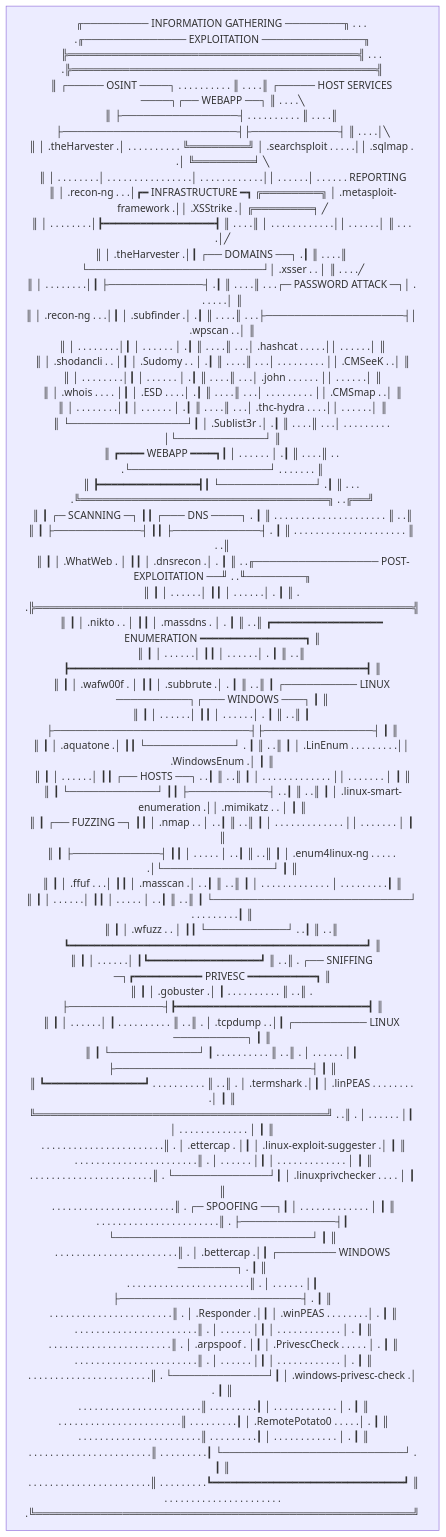
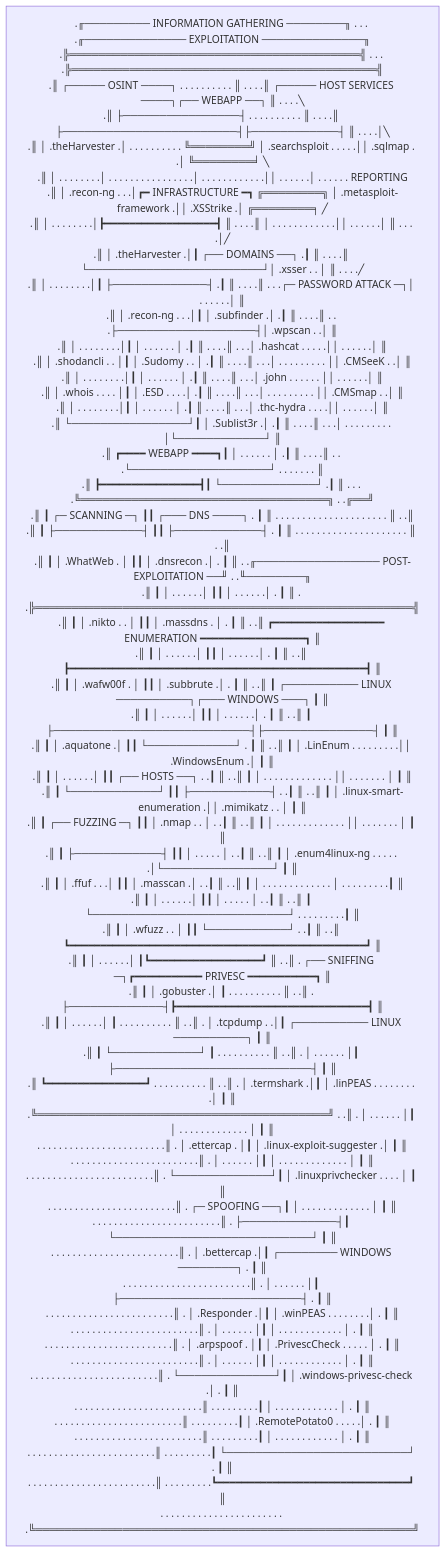
One commit to Skalyaeve/a-process changed the diagram in README.md. Above: the diagram before and after it, drawn with Mermaid.

````diff
--- a/README.md
+++ b/README.md
@@ -1,64 +1,64 @@
 ```mermaid
 graph TD
 main[
-╓───────── INFORMATION GATHERING ────────╖ . . . .╓────────────── EXPLOITATION ──────────────╖
-╠════════════════════════════════════════╣ . . . .╠══════════════════════════════════════════╣
-║ ┌───── OSINT ────┐ . . . . . . . . . . ║ . . . .║ ┌───── HOST SERVICES ────┐┌── WEBAPP ──┐ ║ . . . .╲
-║ ├────────────────┤ . . . . . . . . . . ║ . . . .║ ├────────────────────────┤├────────────┤ ║ . . . .│╲
-║ │ .theHarvester .│ . . . . . . . . . . ╚════════╝ │ .searchsploit . . . . .││ .sqlmap . .│ ╚════════╛ ╲
-║ │ . . . . . . . .│ . . . . . . . . . . . . . . . .│ . . . . . . . . . . . .││ . . . . . .│ . . . . . . REPORTING
-║ │ .recon-ng . . .│┏━ INFRASTRUCTURE ━┓ ╔════════╗ │ .metasploit-framework .││ .XSStrike .│ ╔════════╕ ╱
-║ │ . . . . . . . .│┣━━━━━━━━━━━━━━━━━━┫ ║ . . . .║ │ . . . . . . . . . . . .││ . . . . . .│ ║ . . . .│╱
-║ │ .theHarvester .│┃ ┌── DOMAINS ──┐ .┃ ║ . . . .║ └────────────────────────┘│ .xsser . . │ ║ . . . .╱
-║ │ . . . . . . . .│┃ ├─────────────┤ .┃ ║ . . . .║ . . .┌─ PASSWORD ATTACK ─┐│ . . . . . .│ ║
-║ │ .recon-ng . . .│┃ │ .subfinder .│ .┃ ║ . . . .║ . . .├───────────────────┤│ .wpscan . .│ ║
-║ │ . . . . . . . .│┃ │ . . . . . . │ .┃ ║ . . . .║ . . .│ .hashcat . . . . .││ . . . . . .│ ║
-║ │ .shodancli . . │┃ │ .Sudomy . . │ .┃ ║ . . . .║ . . .│ . . . . . . . . . ││ .CMSeeK . .│ ║
-║ │ . . . . . . . .│┃ │ . . . . . . │ .┃ ║ . . . .║ . . .│ .john . . . . . . ││ . . . . . .│ ║
-║ │ .whois . . . . │┃ │ .ESD . . . .│ .┃ ║ . . . .║ . . .│ . . . . . . . . . ││ .CMSmap . .│ ║
-║ │ . . . . . . . .│┃ │ . . . . . . │ .┃ ║ . . . .║ . . .│ .thc-hydra . . . .││ . . . . . .│ ║
-║ └────────────────┘┃ │ .Sublist3r .│ .┃ ║ . . . .║ . . .│ . . . . . . . . . │└────────────┘ ║
-║ ┏━━━━ WEBAPP ━━━━┓┃ │ . . . . . . │ .┃ ║ . . . .║ . . .└───────────────────┘ . . . . . . . ║
-║ ┣━━━━━━━━━━━━━━━━┫┃ └─────────────┘ .┃ ║ . . . .╚══════════════════════════════════╗ . .╔══╝
-║ ┃ ┌─ SCANNING ─┐ ┃┃ ┌─── DNS ────┐ . ┃ ║ . . . . . . . . . . . . . . . . . . . . . ║ . .║
-║ ┃ ├────────────┤ ┃┃ ├────────────┤ . ┃ ║ . . . . . . . . . . . . . . . . . . . . . ║ . .║
-║ ┃ │ .WhatWeb . │ ┃┃ │ .dnsrecon .│ . ┃ ║ . .╓───────────────── POST-EXPLOITATION ──╜ . .╙────────╖
-║ ┃ │ . . . . . .│ ┃┃ │ . . . . . .│ . ┃ ║ . .╠════════════════════════════════════════════════════╣
-║ ┃ │ .nikto . . │ ┃┃ │ .massdns . │ . ┃ ║ . .║ ┏━━━━━━━━━━━━━━━━━━ ENUMERATION ━━━━━━━━━━━━━━━━━┓ ║
-║ ┃ │ . . . . . .│ ┃┃ │ . . . . . .│ . ┃ ║ . .║ ┣━━━━━━━━━━━━━━━━━━━━━━━━━━━━━━━━━━━━━━━━━━━━━━━━┫ ║
-║ ┃ │ .wafw00f . │ ┃┃ │ .subbrute .│ . ┃ ║ . .║ ┃ ┌────────── LINUX ──────────┐┌─── WINDOWS ───┐ ┃ ║
-║ ┃ │ . . . . . .│ ┃┃ │ . . . . . .│ . ┃ ║ . .║ ┃ ├───────────────────────────┤├───────────────┤ ┃ ║
-║ ┃ │ .aquatone .│ ┃┃ └────────────┘ . ┃ ║ . .║ ┃ │ .LinEnum . . . . . . . . .││ .WindowsEnum .│ ┃ ║
-║ ┃ │ . . . . . .│ ┃┃ ┌── HOSTS ──┐ . .┃ ║ . .║ ┃ │ . . . . . . . . . . . . . ││ . . . . . . . │ ┃ ║
-║ ┃ └────────────┘ ┃┃ ├───────────┤ . .┃ ║ . .║ ┃ │ .linux-smart-enumeration .││ .mimikatz . . │ ┃ ║
-║ ┃ ┌── FUZZING ─┐ ┃┃ │ .nmap . . │ . .┃ ║ . .║ ┃ │ . . . . . . . . . . . . . ││ . . . . . . . │ ┃ ║
-║ ┃ ├────────────┤ ┃┃ │ . . . . . │ . .┃ ║ . .║ ┃ │ .enum4linux-ng . . . . . .│└───────────────┘ ┃ ║
-║ ┃ │ .ffuf . . .│ ┃┃ │ .masscan .│ . .┃ ║ . .║ ┃ │ . . . . . . . . . . . . . │ . . . . . . . . .┃ ║
-║ ┃ │ . . . . . .│ ┃┃ │ . . . . . │ . .┃ ║ . .║ ┃ └───────────────────────────┘ . . . . . . . . .┃ ║
-║ ┃ │ .wfuzz . . │ ┃┃ └───────────┘ . .┃ ║ . .║ ┗━━━━━━━━━━━━━━━━━━━━━━━━━━━━━━━━━━━━━━━━━━━━━━━━┛ ║
-║ ┃ │ . . . . . .│ ┃┗━━━━━━━━━━━━━━━━━━┛ ║ . .║ . ┌── SNIFFING ─┐┏━━━━━━━━━━━ PRIVESC ━━━━━━━━━━━┓ ║
-║ ┃ │ .gobuster .│ ┃ . . . . . . . . . . ║ . .║ . ├─────────────┤┣━━━━━━━━━━━━━━━━━━━━━━━━━━━━━━━┫ ║
-║ ┃ │ . . . . . .│ ┃ . . . . . . . . . . ║ . .║ . │ .tcpdump . .│┃ ┌────────── LINUX ──────────┐ ┃ ║
-║ ┃ └────────────┘ ┃ . . . . . . . . . . ║ . .║ . │ . . . . . . │┃ ├───────────────────────────┤ ┃ ║
-║ ┗━━━━━━━━━━━━━━━━┛ . . . . . . . . . . ║ . .║ . │ .termshark .│┃ │ .linPEAS . . . . . . . . .│ ┃ ║
-╚════════════════════════════════════════╝ . .║ . │ . . . . . . │┃ │ . . . . . . . . . . . . . │ ┃ ║
- . . . . . . . . . . . . . . . . . . . . . . .║ . │ .ettercap . │┃ │ .linux-exploit-suggester .│ ┃ ║
- . . . . . . . . . . . . . . . . . . . . . . .║ . │ . . . . . . │┃ │ . . . . . . . . . . . . . │ ┃ ║
- . . . . . . . . . . . . . . . . . . . . . . .║ . └─────────────┘┃ │ .linuxprivchecker . . . . │ ┃ ║
- . . . . . . . . . . . . . . . . . . . . . . .║ . ┌─ SPOOFING ──┐┃ │ . . . . . . . . . . . . . │ ┃ ║
- . . . . . . . . . . . . . . . . . . . . . . .║ . ├─────────────┤┃ └───────────────────────────┘ ┃ ║
- . . . . . . . . . . . . . . . . . . . . . . .║ . │ .bettercap .│┃ ┌──────── WINDOWS ────────┐ . ┃ ║
- . . . . . . . . . . . . . . . . . . . . . . .║ . │ . . . . . . │┃ ├─────────────────────────┤ . ┃ ║
- . . . . . . . . . . . . . . . . . . . . . . .║ . │ .Responder .│┃ │ .winPEAS . . . . . . . .│ . ┃ ║
- . . . . . . . . . . . . . . . . . . . . . . .║ . │ . . . . . . │┃ │ . . . . . . . . . . . . │ . ┃ ║
- . . . . . . . . . . . . . . . . . . . . . . .║ . │ .arpspoof . │┃ │ .PrivescCheck . . . . . │ . ┃ ║
- . . . . . . . . . . . . . . . . . . . . . . .║ . │ . . . . . . │┃ │ . . . . . . . . . . . . │ . ┃ ║
- . . . . . . . . . . . . . . . . . . . . . . .║ . └─────────────┘┃ │ .windows-privesc-check .│ . ┃ ║
- . . . . . . . . . . . . . . . . . . . . . . .║ . . . . . . . . .┃ │ . . . . . . . . . . . . │ . ┃ ║
- . . . . . . . . . . . . . . . . . . . . . . .║ . . . . . . . . .┃ │ .RemotePotato0 . . . . .│ . ┃ ║
- . . . . . . . . . . . . . . . . . . . . . . .║ . . . . . . . . .┃ │ . . . . . . . . . . . . │ . ┃ ║
- . . . . . . . . . . . . . . . . . . . . . . .║ . . . . . . . . .┃ └─────────────────────────┘ . ┃ ║
- . . . . . . . . . . . . . . . . . . . . . . .║ . . . . . . . . .┗━━━━━━━━━━━━━━━━━━━━━━━━━━━━━━━┛ ║
- . . . . . . . . . . . . . . . . . . . . . . .╚════════════════════════════════════════════════════╝
+.╓───────── INFORMATION GATHERING ────────╖ . . . .╓────────────── EXPLOITATION ──────────────╖
+.╠════════════════════════════════════════╣ . . . .╠══════════════════════════════════════════╣
+.║ ┌───── OSINT ────┐ . . . . . . . . . . ║ . . . .║ ┌───── HOST SERVICES ────┐┌── WEBAPP ──┐ ║ . . . .╲
+.║ ├────────────────┤ . . . . . . . . . . ║ . . . .║ ├────────────────────────┤├────────────┤ ║ . . . .│╲
+.║ │ .theHarvester .│ . . . . . . . . . . ╚════════╝ │ .searchsploit . . . . .││ .sqlmap . .│ ╚════════╛ ╲
+.║ │ . . . . . . . .│ . . . . . . . . . . . . . . . .│ . . . . . . . . . . . .││ . . . . . .│ . . . . . . REPORTING
+.║ │ .recon-ng . . .│┏━ INFRASTRUCTURE ━┓ ╔════════╗ │ .metasploit-framework .││ .XSStrike .│ ╔════════╕ ╱
+.║ │ . . . . . . . .│┣━━━━━━━━━━━━━━━━━━┫ ║ . . . .║ │ . . . . . . . . . . . .││ . . . . . .│ ║ . . . .│╱
+.║ │ .theHarvester .│┃ ┌── DOMAINS ──┐ .┃ ║ . . . .║ └────────────────────────┘│ .xsser . . │ ║ . . . .╱
+.║ │ . . . . . . . .│┃ ├─────────────┤ .┃ ║ . . . .║ . . .┌─ PASSWORD ATTACK ─┐│ . . . . . .│ ║
+.║ │ .recon-ng . . .│┃ │ .subfinder .│ .┃ ║ . . . .║ . . .├───────────────────┤│ .wpscan . .│ ║
+.║ │ . . . . . . . .│┃ │ . . . . . . │ .┃ ║ . . . .║ . . .│ .hashcat . . . . .││ . . . . . .│ ║
+.║ │ .shodancli . . │┃ │ .Sudomy . . │ .┃ ║ . . . .║ . . .│ . . . . . . . . . ││ .CMSeeK . .│ ║
+.║ │ . . . . . . . .│┃ │ . . . . . . │ .┃ ║ . . . .║ . . .│ .john . . . . . . ││ . . . . . .│ ║
+.║ │ .whois . . . . │┃ │ .ESD . . . .│ .┃ ║ . . . .║ . . .│ . . . . . . . . . ││ .CMSmap . .│ ║
+.║ │ . . . . . . . .│┃ │ . . . . . . │ .┃ ║ . . . .║ . . .│ .thc-hydra . . . .││ . . . . . .│ ║
+.║ └────────────────┘┃ │ .Sublist3r .│ .┃ ║ . . . .║ . . .│ . . . . . . . . . │└────────────┘ ║
+.║ ┏━━━━ WEBAPP ━━━━┓┃ │ . . . . . . │ .┃ ║ . . . .║ . . .└───────────────────┘ . . . . . . . ║
+.║ ┣━━━━━━━━━━━━━━━━┫┃ └─────────────┘ .┃ ║ . . . .╚══════════════════════════════════╗ . .╔══╝
+.║ ┃ ┌─ SCANNING ─┐ ┃┃ ┌─── DNS ────┐ . ┃ ║ . . . . . . . . . . . . . . . . . . . . . ║ . .║
+.║ ┃ ├────────────┤ ┃┃ ├────────────┤ . ┃ ║ . . . . . . . . . . . . . . . . . . . . . ║ . .║
+.║ ┃ │ .WhatWeb . │ ┃┃ │ .dnsrecon .│ . ┃ ║ . .╓───────────────── POST-EXPLOITATION ──╜ . .╙────────╖
+.║ ┃ │ . . . . . .│ ┃┃ │ . . . . . .│ . ┃ ║ . .╠════════════════════════════════════════════════════╣
+.║ ┃ │ .nikto . . │ ┃┃ │ .massdns . │ . ┃ ║ . .║ ┏━━━━━━━━━━━━━━━━━━ ENUMERATION ━━━━━━━━━━━━━━━━━┓ ║
+.║ ┃ │ . . . . . .│ ┃┃ │ . . . . . .│ . ┃ ║ . .║ ┣━━━━━━━━━━━━━━━━━━━━━━━━━━━━━━━━━━━━━━━━━━━━━━━━┫ ║
+.║ ┃ │ .wafw00f . │ ┃┃ │ .subbrute .│ . ┃ ║ . .║ ┃ ┌────────── LINUX ──────────┐┌─── WINDOWS ───┐ ┃ ║
+.║ ┃ │ . . . . . .│ ┃┃ │ . . . . . .│ . ┃ ║ . .║ ┃ ├───────────────────────────┤├───────────────┤ ┃ ║
+.║ ┃ │ .aquatone .│ ┃┃ └────────────┘ . ┃ ║ . .║ ┃ │ .LinEnum . . . . . . . . .││ .WindowsEnum .│ ┃ ║
+.║ ┃ │ . . . . . .│ ┃┃ ┌── HOSTS ──┐ . .┃ ║ . .║ ┃ │ . . . . . . . . . . . . . ││ . . . . . . . │ ┃ ║
+.║ ┃ └────────────┘ ┃┃ ├───────────┤ . .┃ ║ . .║ ┃ │ .linux-smart-enumeration .││ .mimikatz . . │ ┃ ║
+.║ ┃ ┌── FUZZING ─┐ ┃┃ │ .nmap . . │ . .┃ ║ . .║ ┃ │ . . . . . . . . . . . . . ││ . . . . . . . │ ┃ ║
+.║ ┃ ├────────────┤ ┃┃ │ . . . . . │ . .┃ ║ . .║ ┃ │ .enum4linux-ng . . . . . .│└───────────────┘ ┃ ║
+.║ ┃ │ .ffuf . . .│ ┃┃ │ .masscan .│ . .┃ ║ . .║ ┃ │ . . . . . . . . . . . . . │ . . . . . . . . .┃ ║
+.║ ┃ │ . . . . . .│ ┃┃ │ . . . . . │ . .┃ ║ . .║ ┃ └───────────────────────────┘ . . . . . . . . .┃ ║
+.║ ┃ │ .wfuzz . . │ ┃┃ └───────────┘ . .┃ ║ . .║ ┗━━━━━━━━━━━━━━━━━━━━━━━━━━━━━━━━━━━━━━━━━━━━━━━━┛ ║
+.║ ┃ │ . . . . . .│ ┃┗━━━━━━━━━━━━━━━━━━┛ ║ . .║ . ┌── SNIFFING ─┐┏━━━━━━━━━━━ PRIVESC ━━━━━━━━━━━┓ ║
+.║ ┃ │ .gobuster .│ ┃ . . . . . . . . . . ║ . .║ . ├─────────────┤┣━━━━━━━━━━━━━━━━━━━━━━━━━━━━━━━┫ ║
+.║ ┃ │ . . . . . .│ ┃ . . . . . . . . . . ║ . .║ . │ .tcpdump . .│┃ ┌────────── LINUX ──────────┐ ┃ ║
+.║ ┃ └────────────┘ ┃ . . . . . . . . . . ║ . .║ . │ . . . . . . │┃ ├───────────────────────────┤ ┃ ║
+.║ ┗━━━━━━━━━━━━━━━━┛ . . . . . . . . . . ║ . .║ . │ .termshark .│┃ │ .linPEAS . . . . . . . . .│ ┃ ║
+.╚════════════════════════════════════════╝ . .║ . │ . . . . . . │┃ │ . . . . . . . . . . . . . │ ┃ ║
+. . . . . . . . . . . . . . . . . . . . . . . .║ . │ .ettercap . │┃ │ .linux-exploit-suggester .│ ┃ ║
+. . . . . . . . . . . . . . . . . . . . . . . .║ . │ . . . . . . │┃ │ . . . . . . . . . . . . . │ ┃ ║
+. . . . . . . . . . . . . . . . . . . . . . . .║ . └─────────────┘┃ │ .linuxprivchecker . . . . │ ┃ ║
+. . . . . . . . . . . . . . . . . . . . . . . .║ . ┌─ SPOOFING ──┐┃ │ . . . . . . . . . . . . . │ ┃ ║
+. . . . . . . . . . . . . . . . . . . . . . . .║ . ├─────────────┤┃ └───────────────────────────┘ ┃ ║
+. . . . . . . . . . . . . . . . . . . . . . . .║ . │ .bettercap .│┃ ┌──────── WINDOWS ────────┐ . ┃ ║
+. . . . . . . . . . . . . . . . . . . . . . . .║ . │ . . . . . . │┃ ├─────────────────────────┤ . ┃ ║
+. . . . . . . . . . . . . . . . . . . . . . . .║ . │ .Responder .│┃ │ .winPEAS . . . . . . . .│ . ┃ ║
+. . . . . . . . . . . . . . . . . . . . . . . .║ . │ . . . . . . │┃ │ . . . . . . . . . . . . │ . ┃ ║
+. . . . . . . . . . . . . . . . . . . . . . . .║ . │ .arpspoof . │┃ │ .PrivescCheck . . . . . │ . ┃ ║
+. . . . . . . . . . . . . . . . . . . . . . . .║ . │ . . . . . . │┃ │ . . . . . . . . . . . . │ . ┃ ║
+. . . . . . . . . . . . . . . . . . . . . . . .║ . └─────────────┘┃ │ .windows-privesc-check .│ . ┃ ║
+. . . . . . . . . . . . . . . . . . . . . . . .║ . . . . . . . . .┃ │ . . . . . . . . . . . . │ . ┃ ║
+. . . . . . . . . . . . . . . . . . . . . . . .║ . . . . . . . . .┃ │ .RemotePotato0 . . . . .│ . ┃ ║
+. . . . . . . . . . . . . . . . . . . . . . . .║ . . . . . . . . .┃ │ . . . . . . . . . . . . │ . ┃ ║
+. . . . . . . . . . . . . . . . . . . . . . . .║ . . . . . . . . .┃ └─────────────────────────┘ . ┃ ║
+. . . . . . . . . . . . . . . . . . . . . . . .║ . . . . . . . . .┗━━━━━━━━━━━━━━━━━━━━━━━━━━━━━━━┛ ║
+. . . . . . . . . . . . . . . . . . . . . . . .╚════════════════════════════════════════════════════╝
 ]
 ```
````
